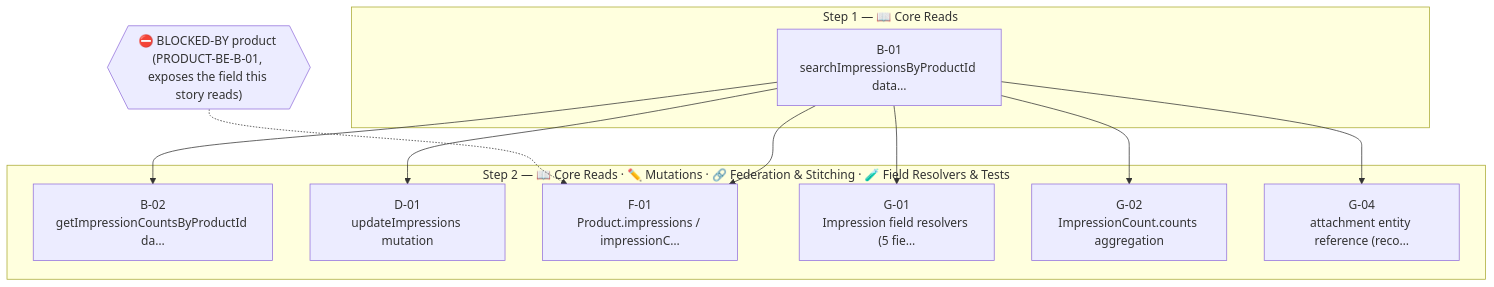
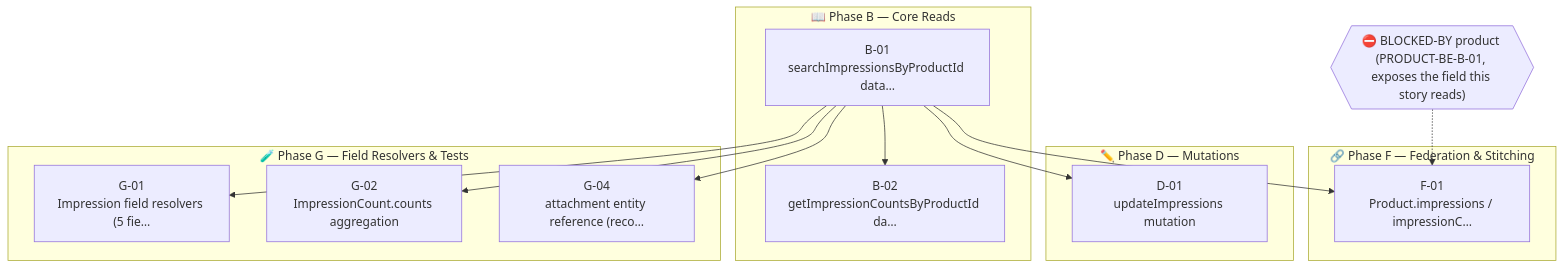
One commit to SarithaMathai/migration changed the first of 3 diagrams in finalArtifacts/summary/impression/story-dependency-graph-impression.md. Above: the diagram before and after it, drawn with Mermaid. The commit also changed other lines of this file and 27 other files, not shown here.

First line of the commit message:
Redesign story dependency graphs for legibility

````diff
--- a/finalArtifacts/summary/impression/story-dependency-graph-impression.md
+++ b/finalArtifacts/summary/impression/story-dependency-graph-impression.md
@@ -11,22 +11,26 @@
 ```mermaid
 flowchart TD
-  subgraph STEP1["Step 1 — 📖 Core Reads"]
+  subgraph PHB["📖 Phase B — Core Reads"]
     NB_01["B-01<br/>searchImpressionsByProductId data…"]
+    NB_02["B-02<br/>getImpressionCountsByProductId da…"]
   end
-  subgraph STEP2["Step 2 — 📖 Core Reads · ✏️ Mutations · 🔗 Federation & Stitching · 🧪 Field Resolvers & Tests"]
-    NB_02["B-02<br/>getImpressionCountsByProductId da…"]
+  subgraph PHD["✏️ Phase D — Mutations"]
     ND_01["D-01<br/>updateImpressions mutation"]
+  end
+  subgraph PHF["🔗 Phase F — Federation & Stitching"]
     NF_01["F-01<br/>Product.impressions / impressionC…"]
+  end
+  subgraph PHG["🧪 Phase G — Field Resolvers & Tests"]
     NG_01["G-01<br/>Impression field resolvers (5 fie…"]
     NG_02["G-02<br/>ImpressionCount.counts aggregation"]
     NG_04["G-04<br/>attachment entity reference (reco…"]
   end
   NB_01 --> NB_02
   NB_01 --> ND_01
   NB_01 --> NF_01
   NB_01 --> NG_01
   NB_01 --> NG_02
   NB_01 --> NG_04
   G__BLOCKED_BY_product__PRODUCT_BE_B_01__exposes_the_field_this_story_reads_{{"⛔ BLOCKED-BY product (PRODUCT-BE-B-01, exposes the field this story reads)"}}
   G__BLOCKED_BY_product__PRODUCT_BE_B_01__exposes_the_field_this_story_reads_ -.-> NF_01
 ```
````
